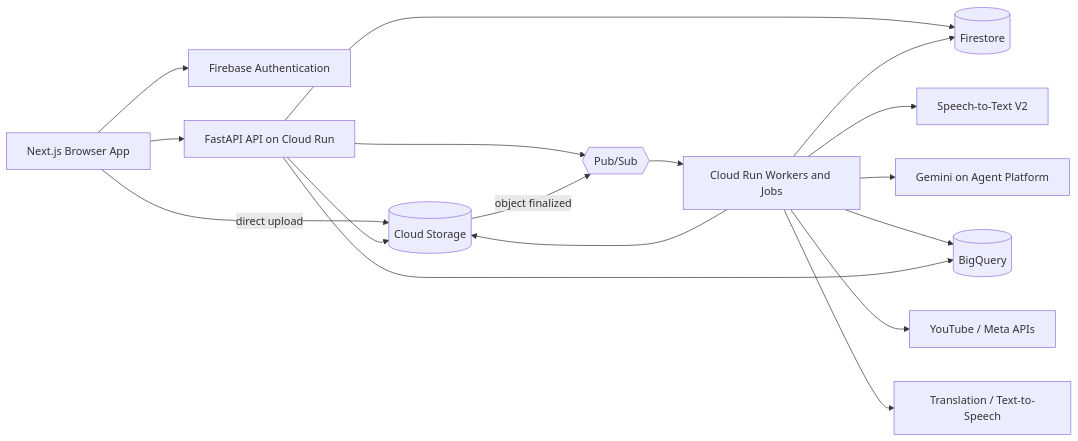
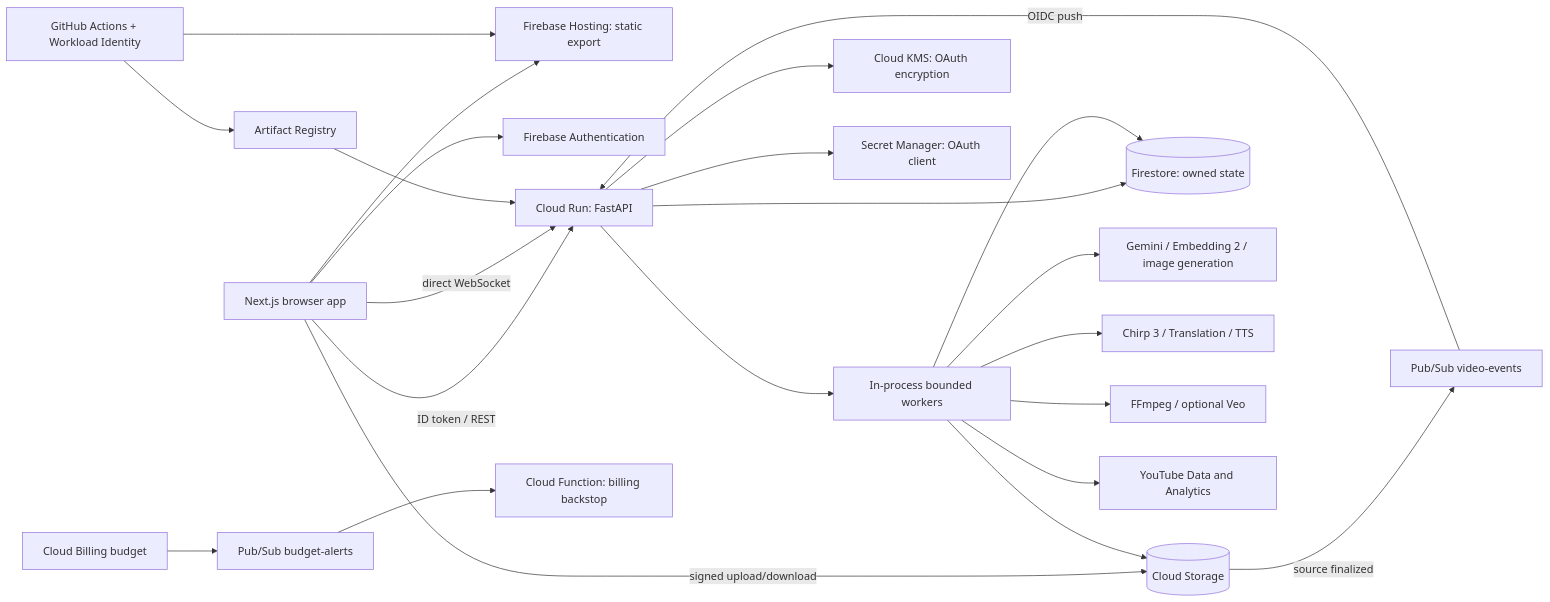
Before and after one commit to Saad-Surve/aibuildercup: the first of 5 diagrams in docs/technical-design/diagrams.md, drawn with Mermaid. The commit also changed other lines of this file and 34 other files, not shown here.

````diff
--- a/docs/technical-design/diagrams.md
+++ b/docs/technical-design/diagrams.md
@@ -7,32 +9,25 @@
-~~~mermaid
+```mermaid
 flowchart LR
-    Browser[Next.js Browser App]
-    Auth[Firebase Authentication]
-    API[FastAPI API on Cloud Run]
-    FS[(Firestore)]
-    GCS[(Cloud Storage)]
-    PubSub{{Pub/Sub}}
-    Workers[Cloud Run Workers and Jobs]
-    Gemini[Gemini on Agent Platform]
-    STT[Speech-to-Text V2]
-    BQ[(BigQuery)]
-    Social[YouTube / Meta APIs]
-    Translate[Translation / Text-to-Speech]
-
-    Browser --> Auth
-    Browser --> API
-    Browser -->|direct upload| GCS
-    API --> FS
-    API --> GCS
-    API --> PubSub
-    GCS -->|object finalized| PubSub
-    PubSub --> Workers
-    Workers --> STT
-    Workers --> Gemini
-    Workers --> GCS
+    Browser[Next.js browser app] --> Hosting[Firebase Hosting: static export]
+    Browser --> Auth[Firebase Authentication]
+    Browser -->|ID token / REST| API[Cloud Run: FastAPI]
+    Browser -->|direct WebSocket| API
+    Browser -->|signed upload/download| Storage[(Cloud Storage)]
+    Storage -->|source finalized| PubSub[Pub/Sub video-events]
+    PubSub -->|OIDC push| API
+    API --> Workers[In-process bounded workers]
+    API --> FS[(Firestore: owned state)]
     Workers --> FS
-    Workers --> BQ
-    Workers --> Social
-    Workers --> Translate
-    API --> BQ
-~~~
+    Workers --> Storage
+    Workers --> Models[Gemini / Embedding 2 / image generation]
+    Workers --> Speech[Chirp 3 / Translation / TTS]
+    Workers --> Media[FFmpeg / optional Veo]
+    Workers --> YouTube[YouTube Data and Analytics]
+    API --> KMS[Cloud KMS: OAuth encryption]
+    API --> Secrets[Secret Manager: OAuth client]
+    CI[GitHub Actions + Workload Identity] --> Registry[Artifact Registry]
+    Registry --> API
+    CI --> Hosting
+    Budget[Cloud Billing budget] --> Alerts[Pub/Sub budget-alerts]
+    Alerts --> Guard[Cloud Function: billing backstop]
+```
````
